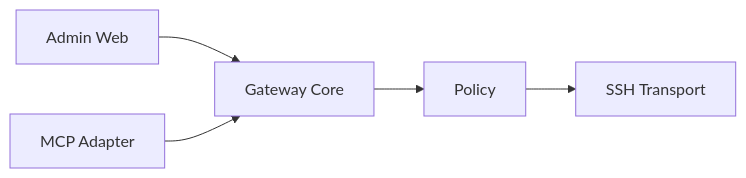
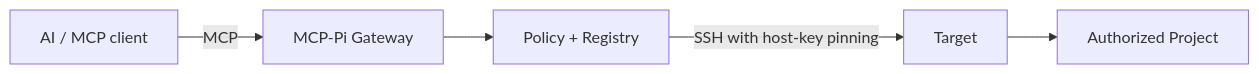
The first of 2 diagrams in README.md (yorologo/Local-miniMCP), drawn with Mermaid before and after one commit. The commit also changed other lines of this file and 76 other files, not shown here.

````diff
--- a/README.md
+++ b/README.md
@@ -247,7 +7,7 @@
 ```mermaid
 flowchart LR
-    WEB[Admin Web] --> CORE[Gateway Core]
-    MCP[MCP Adapter] --> CORE
-    CORE --> POLICY[Policy]
-    POLICY --> SSH[SSH Transport]
+    AI[AI / MCP client] -->|MCP| G[MCP-Pi Gateway]
+    G --> P[Policy + Registry]
+    P -->|SSH with host-key pinning| T[Target]
+    T --> PR[Authorized Project]
 ```
````
